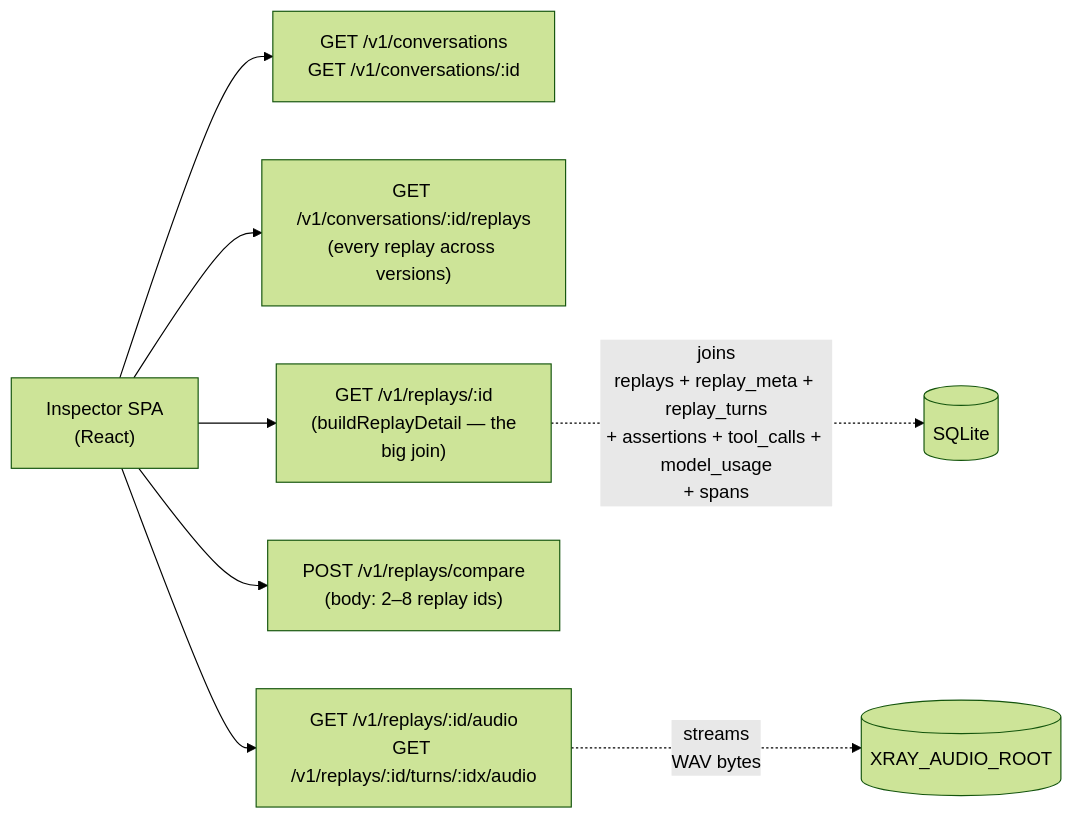
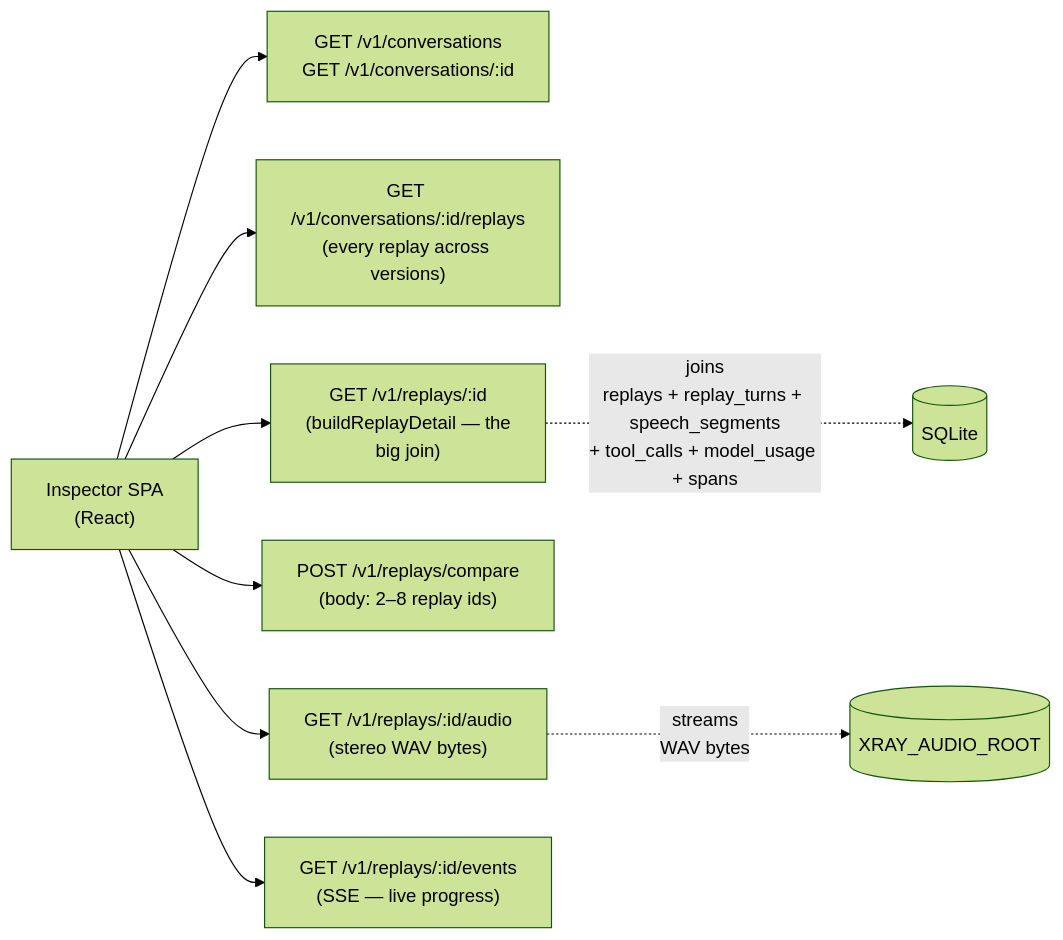
Before and after one commit to xray-eval/xray: the fifth of 5 diagrams in docs/architecture.md, drawn with Mermaid (forest theme). The commit also changed other lines of this file and 65 other files, not shown here.

First line of the commit message:
feat: server-as-analyzer — stereo WAV upload + VAD + turn derivation (#65)

````diff
--- a/docs/architecture.md
+++ b/docs/architecture.md
@@ -308,18 +351,20 @@
 ```mermaid
 flowchart LR
     UI["Inspector SPA<br/>(React)"]
     EP1["GET /v1/conversations<br/>GET /v1/conversations/:id"]
     EP2["GET /v1/conversations/:id/replays<br/>(every replay across versions)"]
     EP3["GET /v1/replays/:id<br/>(buildReplayDetail — the<br/>big join)"]
     EP4["POST /v1/replays/compare<br/>(body: 2–8 replay ids)"]
-    EP5["GET /v1/replays/:id/audio<br/>GET /v1/replays/:id/turns/:idx/audio"]
+    EP5["GET /v1/replays/:id/audio<br/>(stereo WAV bytes)"]
+    EP6["GET /v1/replays/:id/events<br/>(SSE — live progress)"]
 
     UI --> EP1
     UI --> EP2
     UI --> EP3
     UI --> EP4
     UI --> EP5
+    UI --> EP6
 
-    EP3 -. "joins<br/>replays + replay_meta + replay_turns<br/>+ assertions + tool_calls + model_usage<br/>+ spans" .-> DB[("SQLite")]
+    EP3 -. "joins<br/>replays + replay_turns + speech_segments<br/>+ tool_calls + model_usage + spans" .-> DB[("SQLite")]
     EP5 -. "streams<br/>WAV bytes" .-> AUDIO[("XRAY_AUDIO_ROOT")]
 ```
````
